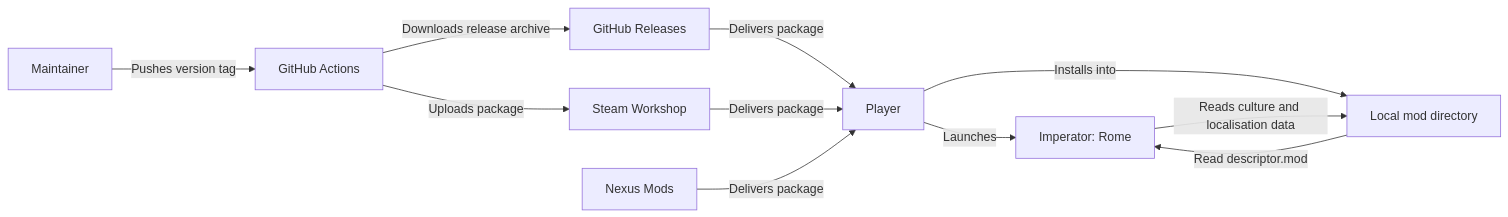
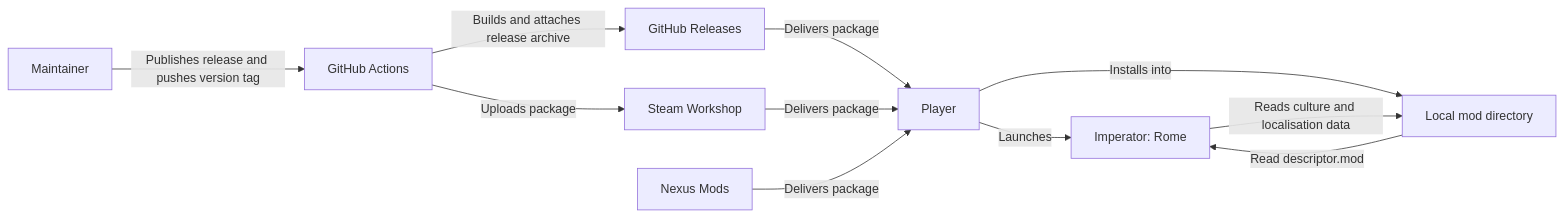
The first of 5 diagrams in ARCHITECTURE.md (hmlendea/imperator-dracones-invictus), drawn with Mermaid before and after one commit. The commit also changed other lines of this file and 23 other files, not shown here.

Commit message:
ci: Created the GitHub Release workflow

````diff
--- a/ARCHITECTURE.md
+++ b/ARCHITECTURE.md
@@ -44,13 +44,13 @@
 ```mermaid
 flowchart LR
     Player[Player] -->|Launches| Game[Imperator: Rome]
-    Maintainer[Maintainer] -->|Pushes version tag| CI[GitHub Actions]
-    CI -->|Downloads release archive| Releases[GitHub Releases]
+    Maintainer[Maintainer] -->|Publishes release and pushes version tag| CI[GitHub Actions]
+    CI -->|Builds and attaches release archive| Releases[GitHub Releases]
     CI -->|Uploads package| Workshop[Steam Workshop]
     Releases -->|Delivers package| Player
     Workshop -->|Delivers package| Player
     Nexus[Nexus Mods] -->|Delivers package| Player
     Player -->|Installs into| ModDir[Local mod directory]
     ModDir -->|Read descriptor.mod| Game
     Game -->|Reads culture and localisation data| ModDir
 ```
````
